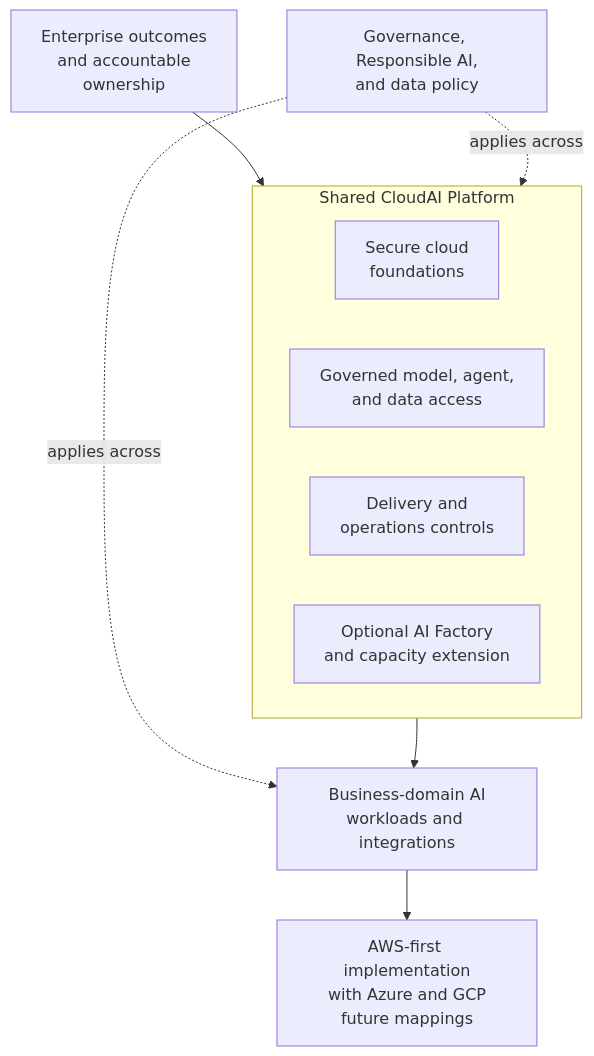
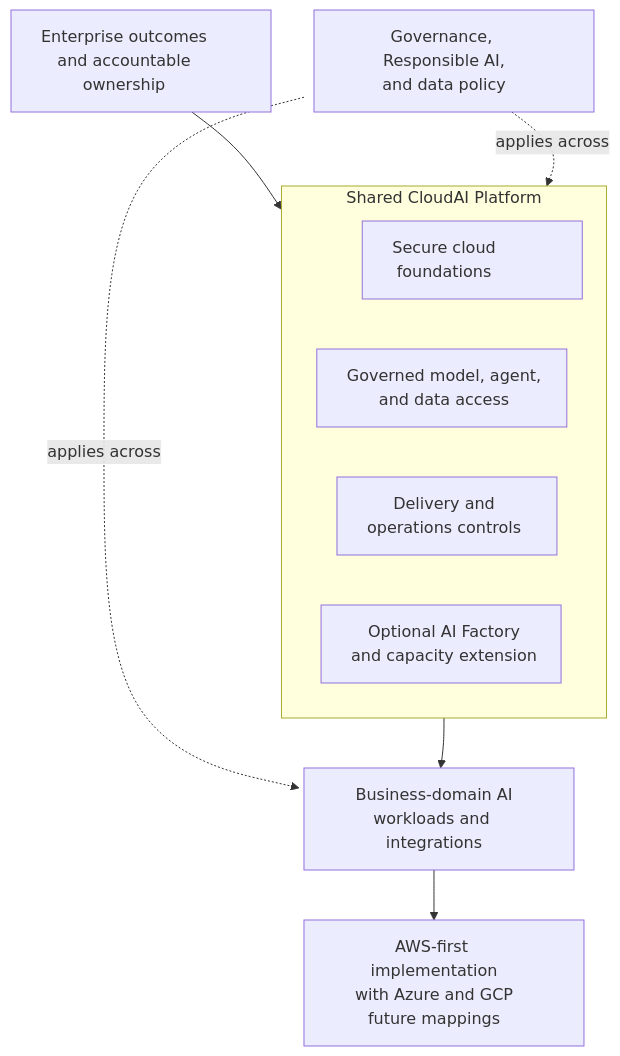
The first of 3 diagrams in docs/architecture.md (afaryy/cloudai-platform), drawn with Mermaid before and after one commit. The commit also changed other lines of this file and 1 other file, not shown here.

Commit message:
docs: widen architecture diagram nodes

````diff
--- a/docs/architecture.md
+++ b/docs/architecture.md
@@ -19,21 +19,30 @@
 ```mermaid
 flowchart TB
   outcome["Enterprise outcomes<br/>and accountable<br/>ownership"]
   policy["Governance, Responsible AI,<br/>and data policy"]
 
   subgraph platform["Shared CloudAI Platform"]
     foundations["Secure cloud<br/>foundations"]
     access["Governed model, agent,<br/>and data access"]
     delivery["Delivery and<br/>operations controls"]
     capacity["Optional AI Factory<br/>and capacity extension"]
   end
 
   workloads["Business-domain AI<br/>workloads and integrations"]
   providers["AWS-first implementation<br/>with Azure and GCP<br/>future mappings"]
 
   outcome --> platform
   policy -. "applies across" .-> platform
   policy -. "applies across" .-> workloads
   platform --> workloads
   workloads --> providers
+
+  style outcome width:260px
+  style policy width:280px
+  style foundations width:220px
+  style access width:250px
+  style delivery width:220px
+  style capacity width:240px
+  style workloads width:270px
+  style providers width:280px
 ```
````
